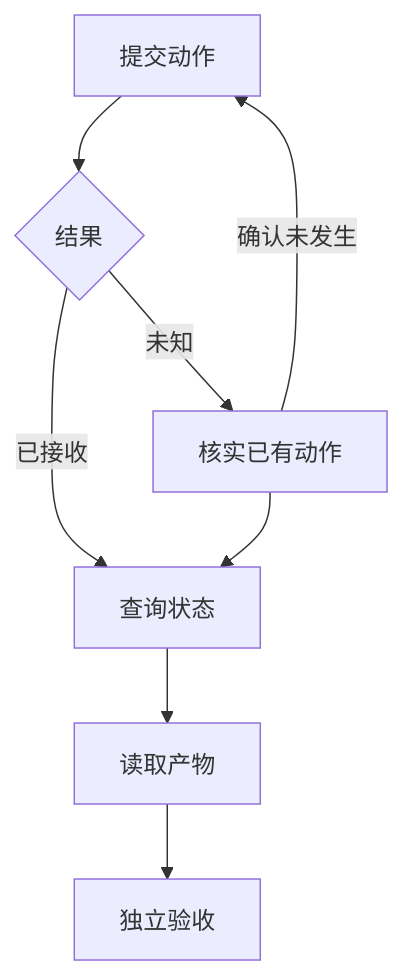
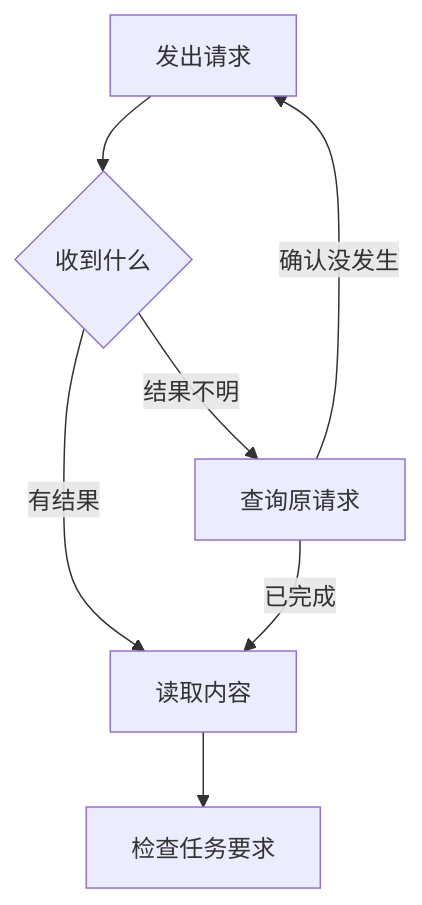
One commit to Mar-garet/agent-book changed the diagram in book/17-tool-results-and-retries.md. Above: the diagram before and after it, drawn with Mermaid. The commit also changed other lines of this file and 27 other files, not shown here.

````diff
--- a/book/17-tool-results-and-retries.md
+++ b/book/17-tool-results-and-retries.md
@@ -72,11 +72,10 @@
 ```mermaid
-%% 先确认已有动作，再决定是否重做
+%% 没收到结果时，先查原来的动作
 flowchart TD
-    A[提交动作] --> B{结果}
-    B -->|已接收| C[查询状态]
-    B -->|未知| D[核实已有动作]
-    D --> C
-    C --> E[读取产物]
-    E --> F[独立验收]
-    D -->|确认未发生| A
+    A[发出请求] --> B{收到什么}
+    B -->|有结果| C[读取内容]
+    B -->|结果不明| D[查询原请求]
+    D -->|已完成| C
+    D -->|确认没发生| A
+    C --> E[检查任务要求]
 ```
````
